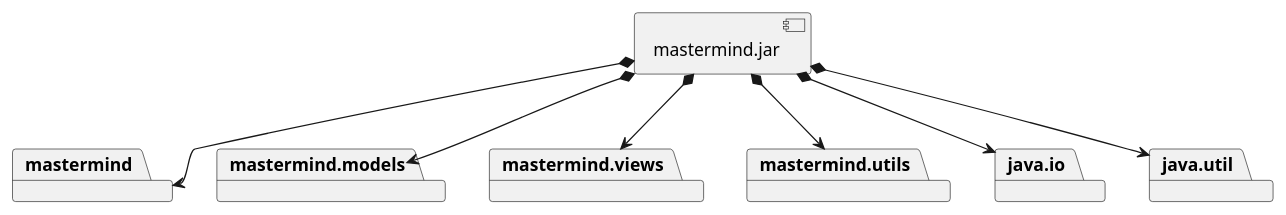
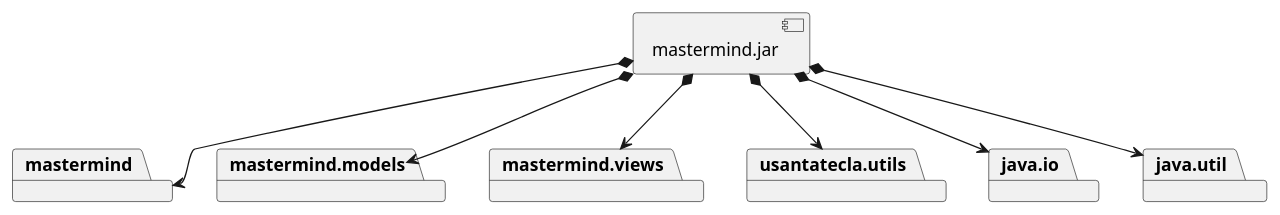
Before and after one commit to SantaTecla-mastermind/solution.java.swing.socket.sql: the first of 2 diagrams in documentView/console/docs/diagrams/src/vistas.plantuml, drawn with PlantUML. The commit also changed 13 other files, not shown here.

```diff
--- a/documentView/console/docs/diagrams/src/vistas.plantuml
+++ b/documentView/console/docs/diagrams/src/vistas.plantuml
@@ -1,23 +1,23 @@
 @startuml desarrollo_implementacion
 package "  "  as mastermind {
 }
 package "  "  as mastermind.models {
 }
 package "  "  as mastermind.views {
 }
-package "  "  as mastermind.utils {
+package "  "  as usantatecla.utils {
 }
 package "  "  as java.io {
 }
 package "  "  as java.util {
 }
 
 [mastermind.jar] as jar
 
 jar *--> mastermind
 jar *--> mastermind.models
 jar *--> mastermind.views
-jar *--> mastermind.utils
+jar *--> usantatecla.utils
 jar *--> java.io
 jar *--> java.util
 @enduml
```
